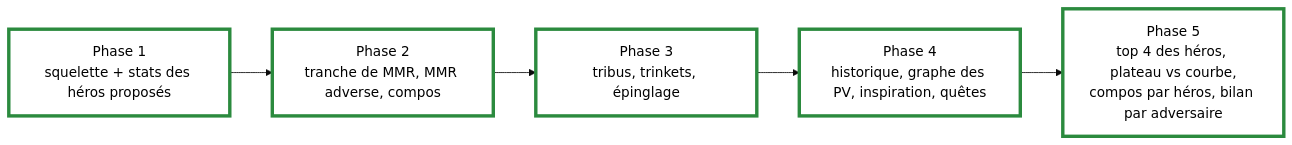
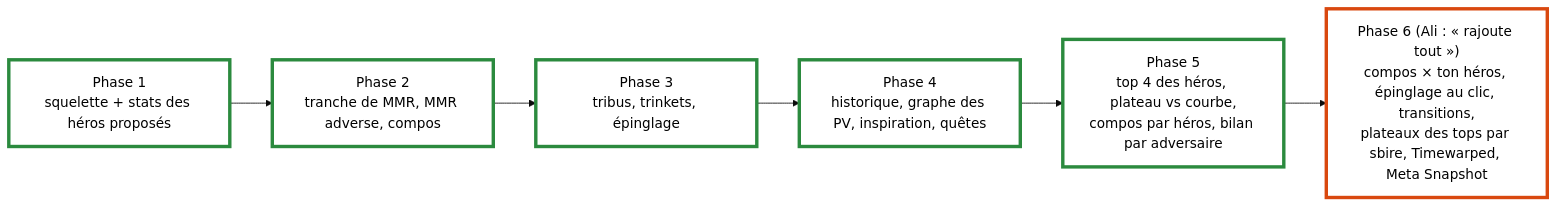
Before and after one commit to elphono/tavern-compass: the diagram in docs/plans/2026-09-26-parite-tier7-plan.md, drawn with Mermaid (base theme). The commit also changed other lines of this file, not shown here.

First line of the commit message:
docs(plan): phase 6, le reste de la parité à la demande d'Ali

````diff
--- a/docs/plans/2026-09-26-parite-tier7-plan.md
+++ b/docs/plans/2026-09-26-parite-tier7-plan.md
@@ -9,9 +9,12 @@
 ```mermaid
 flowchart LR
     P1["Phase 1<br/>squelette + stats des héros proposés"] --> P2["Phase 2<br/>tranche de MMR, MMR adverse, compos"]
     P2 --> P3["Phase 3<br/>tribus, trinkets, épinglage"]
     P3 --> P4["Phase 4<br/>historique, graphe des PV, inspiration, quêtes"]
     P4 --> P5["Phase 5<br/>top 4 des héros, plateau vs courbe,<br/>compos par héros, bilan par adversaire"]
     classDef done fill:#ffffff,stroke:#2b8a3e,stroke-width:4px,color:#000000
+    P5 --> P6["Phase 6 (Ali : « rajoute tout »)<br/>compos × ton héros, épinglage au clic, transitions,<br/>plateaux des tops par sbire, Timewarped, Meta Snapshot"]
+    classDef todo fill:#ffffff,stroke:#d9480f,stroke-width:4px,color:#000000
     class P1,P2,P3,P4,P5 done
+    class P6 todo
 ```
````
